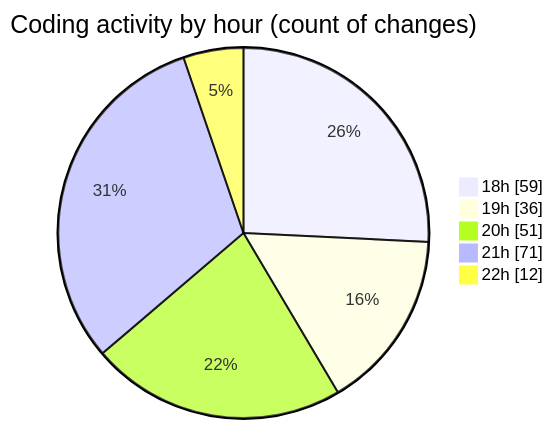
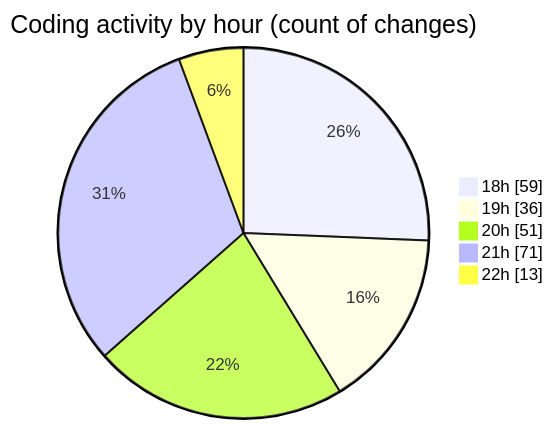
One commit to Netris89/code-tracking changed the second of 2 diagrams in 2025-04-02/back-end/README.md. Above: the diagram before and after it, drawn with Mermaid. The commit also changed other lines of this file and 1 other file, not shown here.

````diff
--- a/2025-04-02/back-end/README.md
+++ b/2025-04-02/back-end/README.md
@@ -42,9 +42,9 @@
 ```mermaid
 pie showData
 title Coding activity by hour (count of changes)
 "18h" : 59
 "19h" : 36
 "20h" : 51
 "21h" : 71
-"22h" : 12
+"22h" : 13
 ```
````
